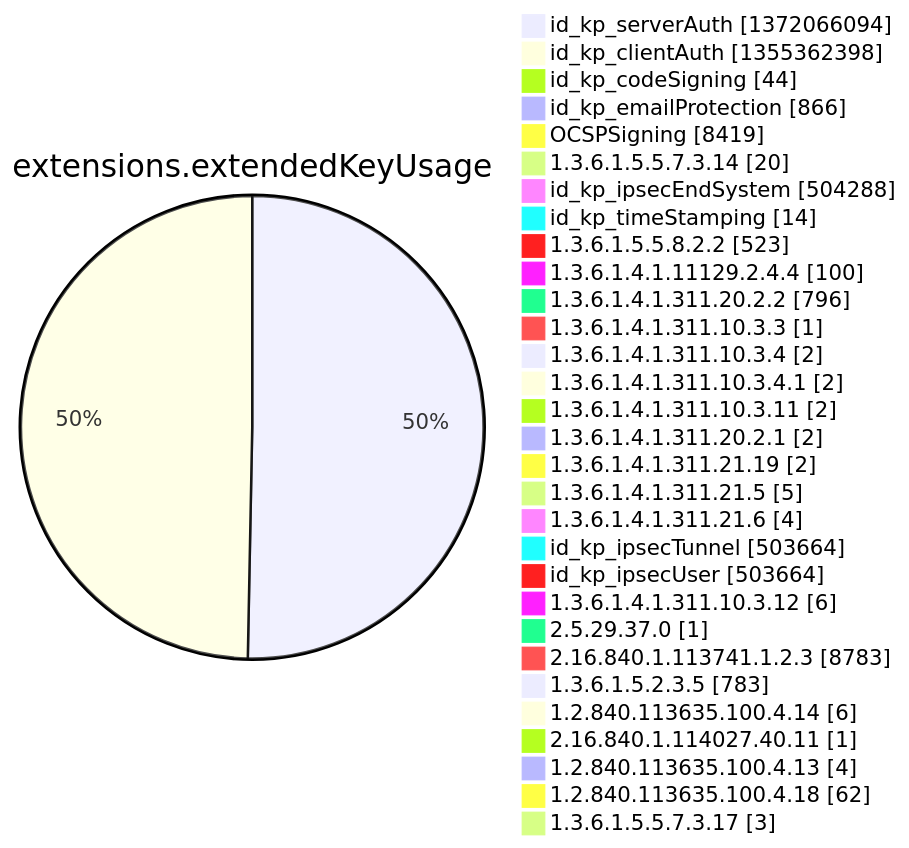
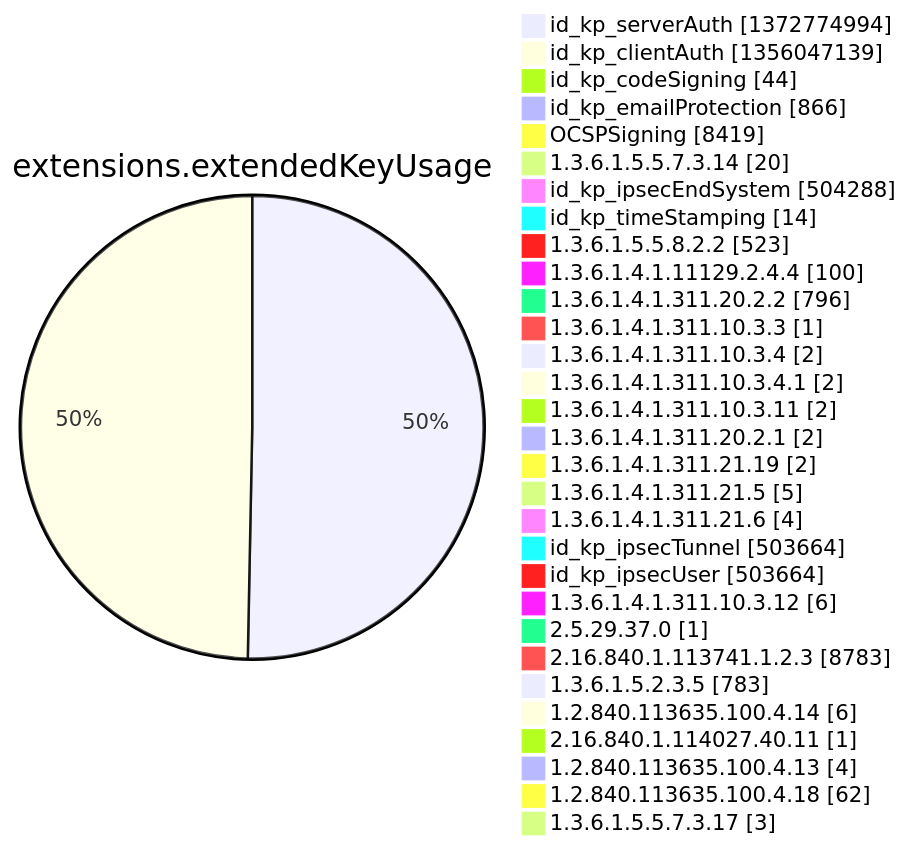
One commit to christiankrug/ctmonitor_visualization changed diagram 12 of 15 in argon2022/README.md. Above: the diagram before and after it, drawn with Mermaid. The commit also changed other lines of this file, not shown here.

````diff
--- a/argon2022/README.md
+++ b/argon2022/README.md
@@ -3553,34 +3553,34 @@
 ```mermaid
 pie showData
 title extensions.extendedKeyUsage
-"id_kp_serverAuth" :1372066094
-"id_kp_clientAuth" :1355362398
+"id_kp_serverAuth" :1372774994
+"id_kp_clientAuth" :1356047139
 "id_kp_codeSigning" :44
 "id_kp_emailProtection" :866
 "OCSPSigning" :8419
 "1.3.6.1.5.5.7.3.14" :20
 "id_kp_ipsecEndSystem" :504288
 "id_kp_timeStamping" :14
 "1.3.6.1.5.5.8.2.2" :523
 "1.3.6.1.4.1.11129.2.4.4" :100
 "1.3.6.1.4.1.311.20.2.2" :796
 "1.3.6.1.4.1.311.10.3.3" :1
 "1.3.6.1.4.1.311.10.3.4" :2
 "1.3.6.1.4.1.311.10.3.4.1" :2
 "1.3.6.1.4.1.311.10.3.11" :2
 "1.3.6.1.4.1.311.20.2.1" :2
 "1.3.6.1.4.1.311.21.19" :2
 "1.3.6.1.4.1.311.21.5" :5
 "1.3.6.1.4.1.311.21.6" :4
 "id_kp_ipsecTunnel" :503664
 "id_kp_ipsecUser" :503664
 "1.3.6.1.4.1.311.10.3.12" :6
 "2.5.29.37.0" :1
 "2.16.840.1.113741.1.2.3" :8783
 "1.3.6.1.5.2.3.5" :783
 "1.2.840.113635.100.4.14" :6
 "2.16.840.1.114027.40.11" :1
 "1.2.840.113635.100.4.13" :4
 "1.2.840.113635.100.4.18" :62
 "1.3.6.1.5.5.7.3.17" :3
 ```
````
